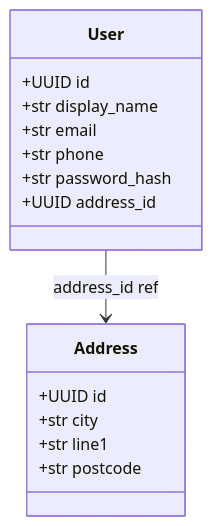
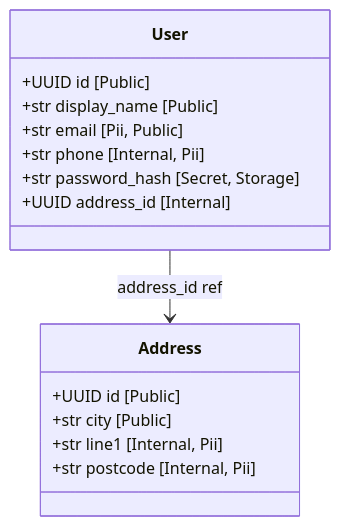
Before and after one commit to release-art/pydantic-prism: the sixth of 6 diagrams in examples/pii_dataflow/README.md, drawn with Mermaid. The commit also changed other lines of this file and 49 other files, not shown here.

````diff
--- a/examples/pii_dataflow/README.md
+++ b/examples/pii_dataflow/README.md
@@ -253,19 +253,19 @@
 ```mermaid
 classDiagram
     direction TB
     class Address {
-        +UUID id
-        +str city
-        +str line1
-        +str postcode
+        +UUID id [Public]
+        +str city [Public]
+        +str line1 [Internal, Pii]
+        +str postcode [Internal, Pii]
     }
     class User {
-        +UUID id
-        +str display_name
-        +str email
-        +str phone
-        +str password_hash
-        +UUID address_id
+        +UUID id [Public]
+        +str display_name [Public]
+        +str email [Pii, Public]
+        +str phone [Internal, Pii]
+        +str password_hash [Secret, Storage]
+        +UUID address_id [Internal]
     }
     User --> Address : address_id ref
 ```
````
